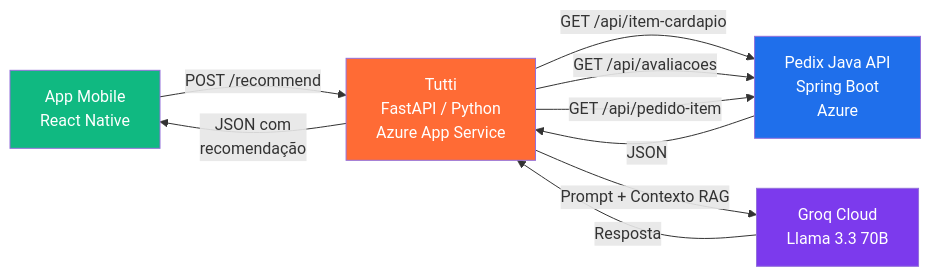
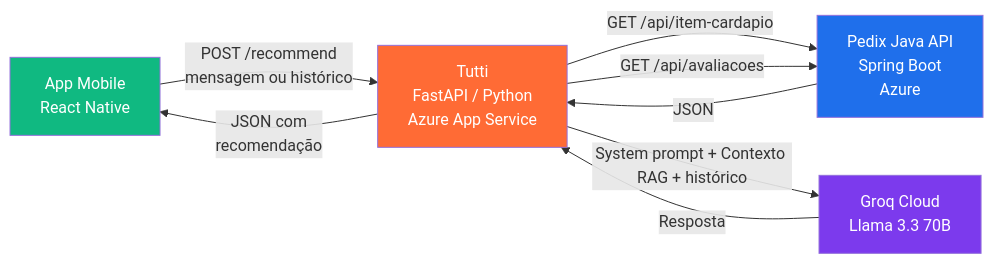
One commit to annabonfim/tutti-ai-pedix changed the diagram in README.md. Above: the diagram before and after it, drawn with Mermaid. The commit also changed other lines of this file and 1 other file, not shown here.

````diff
--- a/README.md
+++ b/README.md
@@ -45,20 +72,19 @@
 ```mermaid
 flowchart LR
-    A[App Mobile<br/>React Native] -->|POST /recommend| B[Tutti<br/>FastAPI / Python<br/>Azure App Service]
+    A[App Mobile<br/>React Native] -->|POST /recommend<br/>mensagem ou histórico| B[Tutti<br/>FastAPI / Python<br/>Azure App Service]
 
     B -->|GET /api/item-cardapio| C[Pedix Java API<br/>Spring Boot<br/>Azure]
     B -->|GET /api/avaliacoes| C
-    B -->|GET /api/pedido-item| C
 
     C -->|JSON| B
 
-    B -->|Prompt + Contexto RAG| D[Groq Cloud<br/>Llama 3.3 70B]
+    B -->|System prompt + Contexto RAG + histórico| D[Groq Cloud<br/>Llama 3.3 70B]
     D -->|Resposta| B
 
     B -->|JSON com<br/>recomendação| A
 
     style A fill:#10B981,color:#fff
     style B fill:#FF6B35,color:#fff
     style C fill:#1F6FEB,color:#fff
     style D fill:#7C3AED,color:#fff
 ```
````
